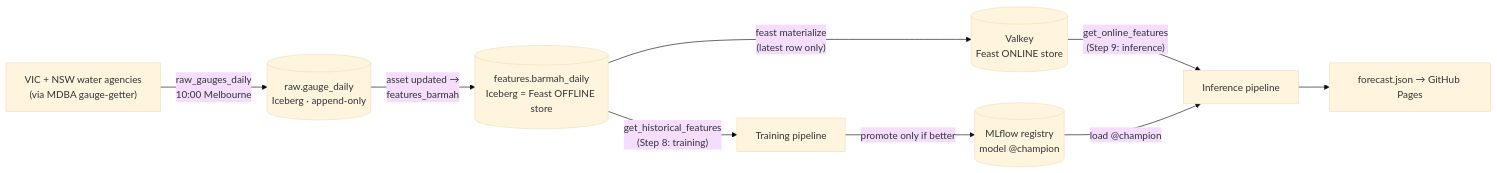
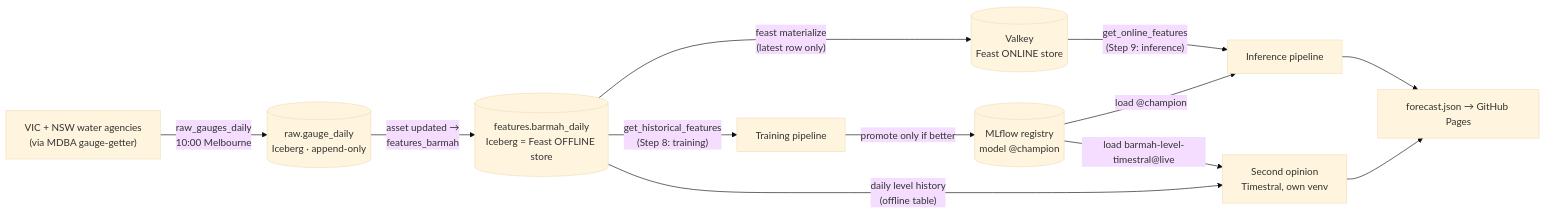
One commit to isaacfrith/Murray-MlOps changed the diagram in docs/how-it-works.md. Above: the diagram before and after it, drawn with Mermaid (base theme). The commit also changed other lines of this file and 23 other files, not shown here.

First line of the commit message:
Add Timestral 28M zero-shot second opinion alongside LightGBM

````diff
--- a/docs/how-it-works.md
+++ b/docs/how-it-works.md
@@ -8,18 +8,21 @@
 ```mermaid
 flowchart LR
     agencies["VIC + NSW water agencies<br/>(via MDBA gauge-getter)"]
     raw[("raw.gauge_daily<br/>Iceberg · append-only")]
     feat[("features.barmah_daily<br/>Iceberg = Feast OFFLINE store")]
     valkey[("Valkey<br/>Feast ONLINE store")]
     registry[("MLflow registry<br/>model @champion")]
     site["forecast.json → GitHub Pages"]
 
     agencies -- "raw_gauges_daily<br/>10:00 Melbourne" --> raw
     raw -- "asset updated →<br/>features_barmah" --> feat
     feat -- "feast materialize<br/>(latest row only)" --> valkey
     feat -- "get_historical_features<br/>(Step 8: training)" --> train["Training pipeline"]
     train -- "promote only if better" --> registry
     valkey -- "get_online_features<br/>(Step 9: inference)" --> infer["Inference pipeline"]
     registry -- "load @champion" --> infer
     infer --> site
+    feat -- "daily level history<br/>(offline table)" --> second["Second opinion<br/>Timestral, own venv"]
+    registry -- "load barmah-level-timestral@live" --> second
+    second --> site
 ```
````
